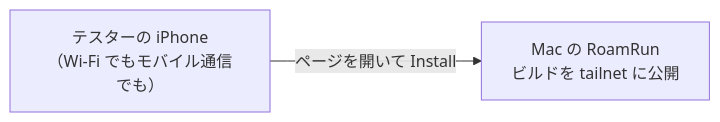
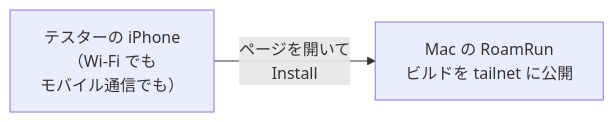
Diagram 12 of 13 in articles/4380fe7546a237.md (mh-mobile/zenn_docs), drawn with Mermaid before and after one commit. The commit also changed other lines of this file and 10 other files, not shown here.

````diff
--- a/articles/4380fe7546a237.md
+++ b/articles/4380fe7546a237.md
@@ -175,6 +503,6 @@
 ```mermaid
 flowchart LR
   mac["Mac の RoamRun<br/>ビルドを tailnet に公開"]
-  tester["テスターの iPhone<br/>（Wi-Fi でもモバイル通信でも）"]
-  tester -- "ページを開いて Install" --> mac
+  tester["テスターの iPhone<br/>（Wi-Fi でも<br/>モバイル通信でも）"]
+  tester -- "ページを開いて<br/>Install" --> mac
 ```
````
